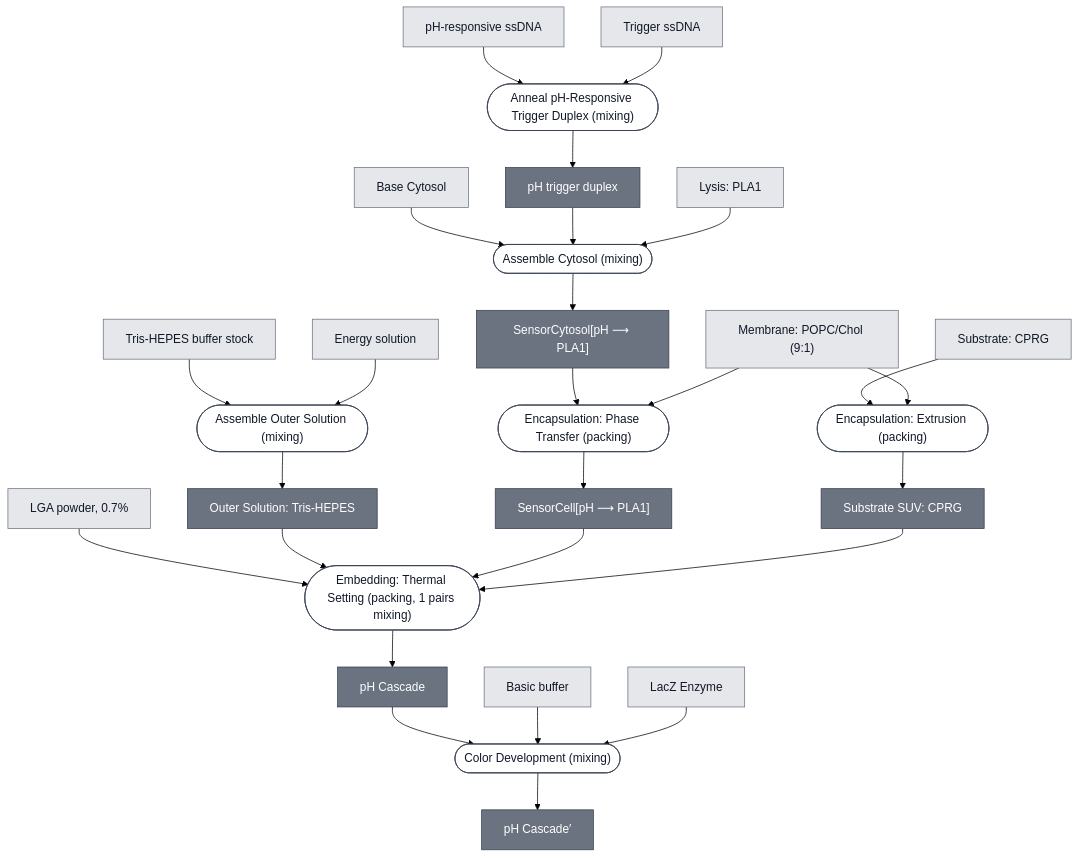
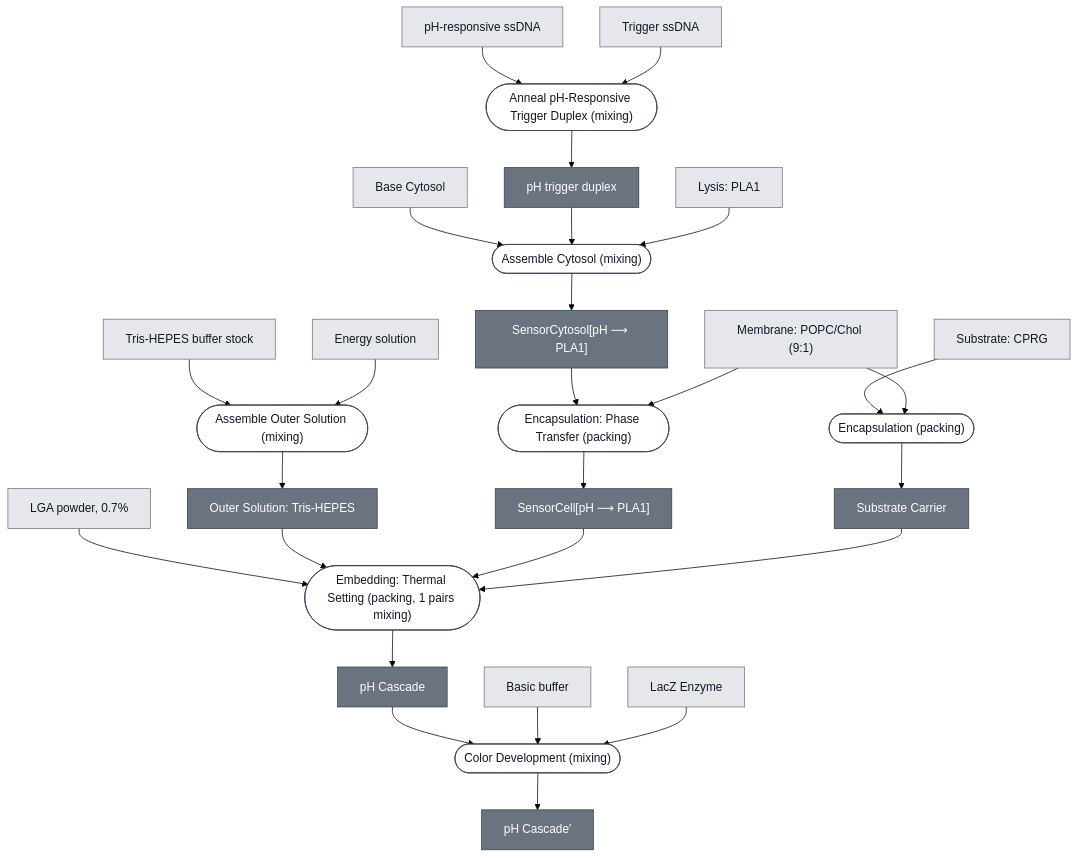
One commit to nucleus-eng/nucleus-docs changed the diagram in docs/modules/ph-cascade/spec.md. Above: the diagram before and after it, drawn with Mermaid (forest theme). The commit also changed other lines of this file and 5 other files, not shown here.

```diff
--- a/docs/modules/ph-cascade/spec.md
+++ b/docs/modules/ph-cascade/spec.md
@@ -54,8 +54,8 @@
     PH_SENSOR_CYTOSOL["SensorCytosol[pH ⟶ PLA1]"]
     P4_ENCAPSULATE_0(["Encapsulation: Phase Transfer (packing)"])
     PH_SENSING_CELL["SensorCell[pH ⟶ PLA1]"]
-    P5_ENCAPSULATE_SUBSTRATE_SUV_0(["Encapsulation: Extrusion (packing)"])
-    SUBSTRATE_CPRG_SUV["Substrate SUV: CPRG"]
+    P5_ENCAPSULATE_SUBSTRATE_0(["Encapsulation (packing)"])
+    SUBSTRATE_CARRIER["Substrate Carrier"]
     P6_EMBED_AGAROSE_0(["Embedding: Thermal Setting (packing, 1 pairs mixing)"])
     PH_CASCADE["pH Cascade"]
     P7_DEVELOP_0(["Color Development (mixing)"])
@@ -78,14 +78,14 @@
     MEMBRANE_CHICAGO --> P4_ENCAPSULATE_0
     P4_ENCAPSULATE_0 --> PH_SENSING_CELL
 
-    SUBSTRATE_CPRG --> P5_ENCAPSULATE_SUBSTRATE_SUV_0
-    MEMBRANE_CHICAGO --> P5_ENCAPSULATE_SUBSTRATE_SUV_0
-    P5_ENCAPSULATE_SUBSTRATE_SUV_0 --> SUBSTRATE_CPRG_SUV
+    SUBSTRATE_CPRG --> P5_ENCAPSULATE_SUBSTRATE_0
+    MEMBRANE_CHICAGO --> P5_ENCAPSULATE_SUBSTRATE_0
+    P5_ENCAPSULATE_SUBSTRATE_0 --> SUBSTRATE_CARRIER
 
     LGA_POWDER --> P6_EMBED_AGAROSE_0
     OUTER_SOLUTION_TRIS_HEPES --> P6_EMBED_AGAROSE_0
     PH_SENSING_CELL --> P6_EMBED_AGAROSE_0
-    SUBSTRATE_CPRG_SUV --> P6_EMBED_AGAROSE_0
+    SUBSTRATE_CARRIER --> P6_EMBED_AGAROSE_0
     P6_EMBED_AGAROSE_0 --> PH_CASCADE
 
     PH_CASCADE --> P7_DEVELOP_0
@@ -98,8 +98,8 @@
     classDef composed fill:#6b7280,stroke:#374151,color:#ffffff;
     classDef process  fill:#ffffff,stroke:#374151,color:#111827;
     class BASE_CYTOSOL,PH_RESPONSIVE_SSDNA,TRIGGER_SSDNA,EFFECTOR_PLA1,MEMBRANE_CHICAGO,SUBSTRATE_CPRG,BASIC_BUFFER,REPORTER_LACZ_ENZYME,LGA_POWDER,TRIS_HEPES_STOCK,ENERGY_SOLUTION leaf;
-    class OUTER_SOLUTION_TRIS_HEPES,PH_TRIGGER_DUPLEX,PH_SENSOR_CYTOSOL,PH_SENSING_CELL,SUBSTRATE_CPRG_SUV,PH_CASCADE,PH_CASCADE_DEVELOPED composed;
-    class P1_ASSEMBLE_OUTER_SOLUTION_0,P2_ANNEAL_TRIGGER_DUPLEX_0,P3_ASSEMBLE_CYTOSOL_0,P4_ENCAPSULATE_0,P5_ENCAPSULATE_SUBSTRATE_SUV_0,P6_EMBED_AGAROSE_0,P7_DEVELOP_0 process;
+    class OUTER_SOLUTION_TRIS_HEPES,PH_TRIGGER_DUPLEX,PH_SENSOR_CYTOSOL,PH_SENSING_CELL,SUBSTRATE_CARRIER,PH_CASCADE,PH_CASCADE_DEVELOPED composed;
+    class P1_ASSEMBLE_OUTER_SOLUTION_0,P2_ANNEAL_TRIGGER_DUPLEX_0,P3_ASSEMBLE_CYTOSOL_0,P4_ENCAPSULATE_0,P5_ENCAPSULATE_SUBSTRATE_0,P6_EMBED_AGAROSE_0,P7_DEVELOP_0 process;
 
     click BASE_CYTOSOL "/docs/modules/base-cytosol/spec"
     click EFFECTOR_PLA1 "/docs/modules/effector-pla1/spec"
@@ -115,8 +115,8 @@
     click PH_SENSOR_CYTOSOL "/docs/modules/ph-sensor-cytosol/spec"
     click P4_ENCAPSULATE_0 "/docs/processes/assemble-base-cell/main"
     click PH_SENSING_CELL "/docs/modules/ph-sensing-cell/spec"
-    click P5_ENCAPSULATE_SUBSTRATE_SUV_0 "/docs/processes/encapsulate-suv/main"
-    click SUBSTRATE_CPRG_SUV "/docs/modules/substrate-cprg-suv/spec"
+    click P5_ENCAPSULATE_SUBSTRATE_0 "/docs/processes/encapsulate/main"
+    click SUBSTRATE_CARRIER "/docs/modules/substrate-carrier/spec"
     click P6_EMBED_AGAROSE_0 "/docs/processes/embed-thermal-setting/main"
     click PH_CASCADE "/docs/modules/ph-cascade/spec"
     click P7_DEVELOP_0 "/docs/processes/color-development/main"
```
